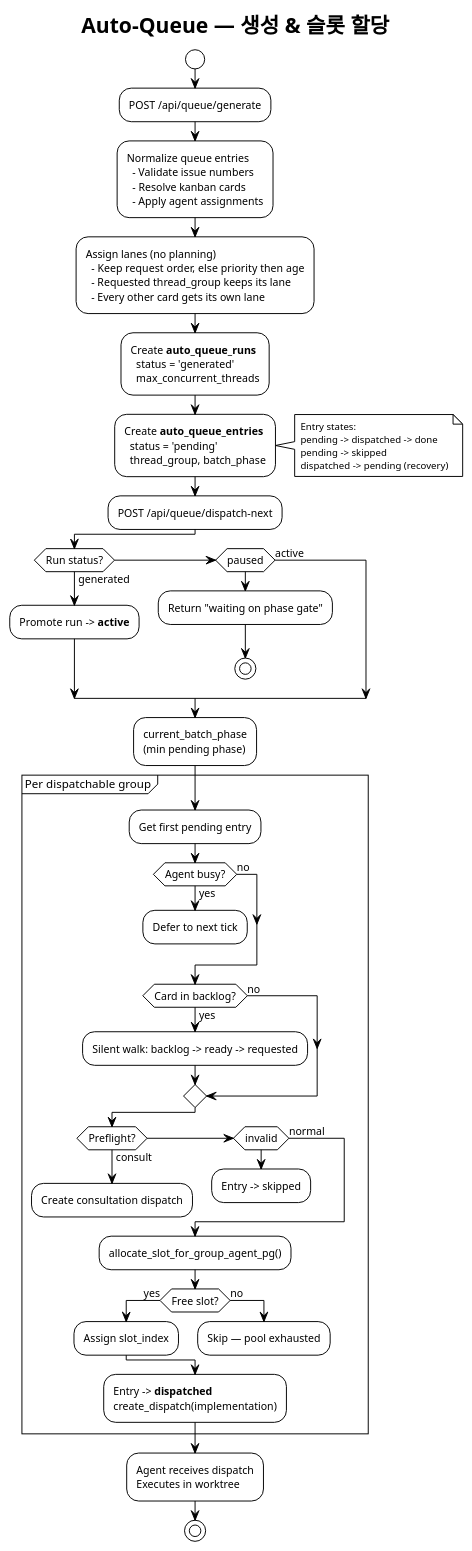
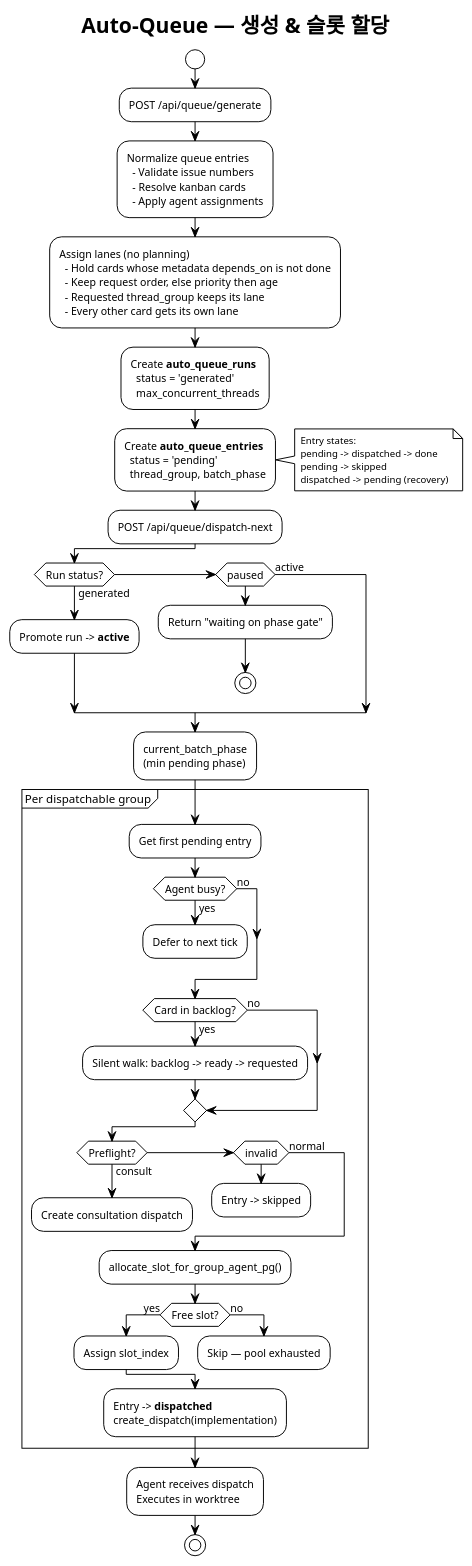
One commit to itismyfield/AgentDesk changed the diagram in docs/diagrams/03a-auto-queue-creation.md. Above: the diagram before and after it, drawn with PlantUML. The commit also changed 13 other files, not shown here.

First line of the commit message:
fix(auto-queue): keep holding cards whose declared prerequisites are not done

```diff
--- a/docs/diagrams/03a-auto-queue-creation.md
+++ b/docs/diagrams/03a-auto-queue-creation.md
@@ -20,6 +20,7 @@
   - Apply agent assignments;
 
 :Assign lanes (no planning)
+  - Hold cards whose metadata depends_on is not done
   - Keep request order, else priority then age
   - Requested thread_group keeps its lane
   - Every other card gets its own lane;
```
